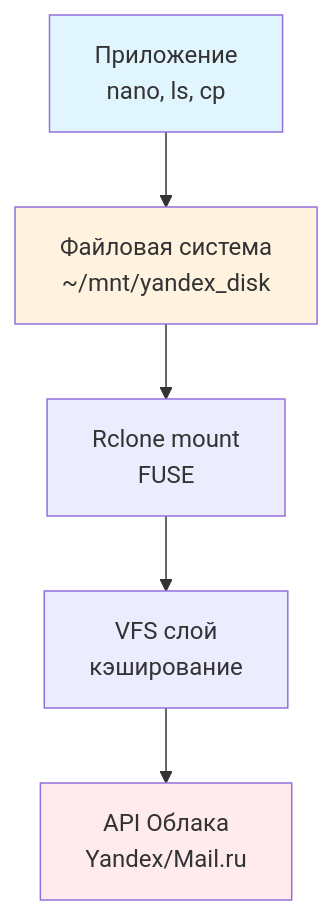
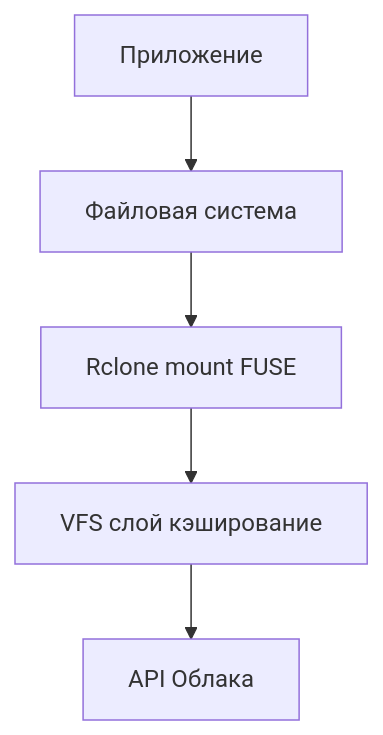
One commit to medphisiker/rclone-manager changed the first of 9 diagrams in docs/Диаграммы.md. Above: the diagram before and after it, drawn with Mermaid. The commit also changed other lines of this file, not shown here.

First line of the commit message:
docs: добавить диаграммы для Rclone Manager

````diff
--- a/docs/Диаграммы.md
+++ b/docs/Диаграммы.md
@@ -5,11 +5,7 @@
 ```mermaid
 graph TD
-    A[Приложение<br/>nano, ls, cp] --> B[Файловая система<br/>~/mnt/yandex_disk]
-    B --> C[Rclone mount<br/>FUSE]
-    C --> D[VFS слой<br/>кэширование]
-    D --> E[API Облака<br/>Yandex/Mail.ru]
-    
-    style A fill:#e1f5fe
-    style B fill:#fff3e0
-    style E fill:#ffebee
+    A[Приложение] --> B[Файловая система]
+    B --> C[Rclone mount FUSE]
+    C --> D[VFS слой кэширование]
+    D --> E[API Облака]
 ```
````
